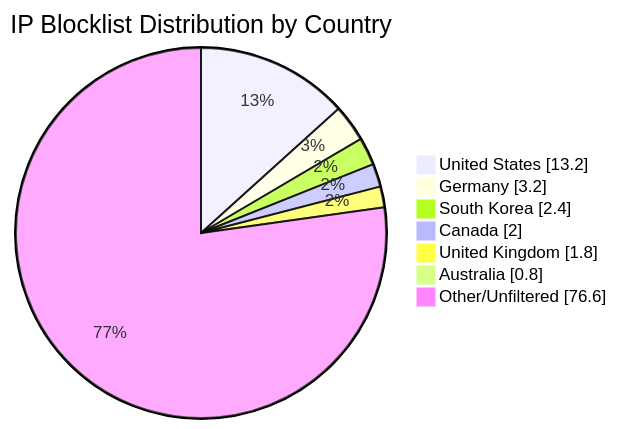
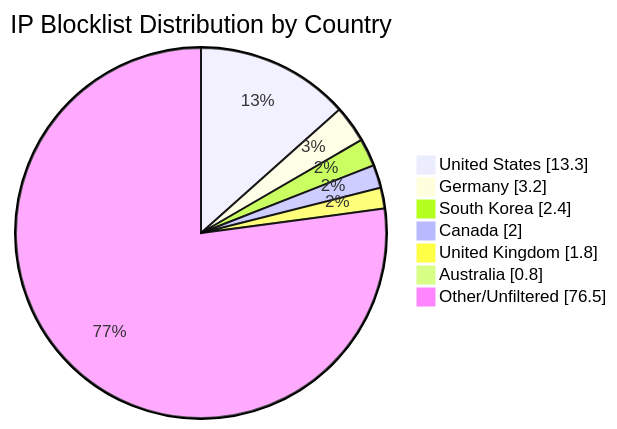
One commit to MarcusHoltz/ipblocklist-geofiltered-aggregator changed the diagram in README.md. Above: the diagram before and after it, drawn with Mermaid. The commit also changed other lines of this file and 9 other files, not shown here.

````diff
--- a/README.md
+++ b/README.md
@@ -34,10 +34,10 @@
 ```mermaid
 pie showData title IP Blocklist Distribution by Country
-"United States" : 13.2
+"United States" : 13.3
 "Germany" : 3.2
 "South Korea" : 2.4
 "Canada" : 2.0
 "United Kingdom" : 1.8
 "Australia" : 0.8
-"Other/Unfiltered" : 76.6
+"Other/Unfiltered" : 76.5
 ```
````
